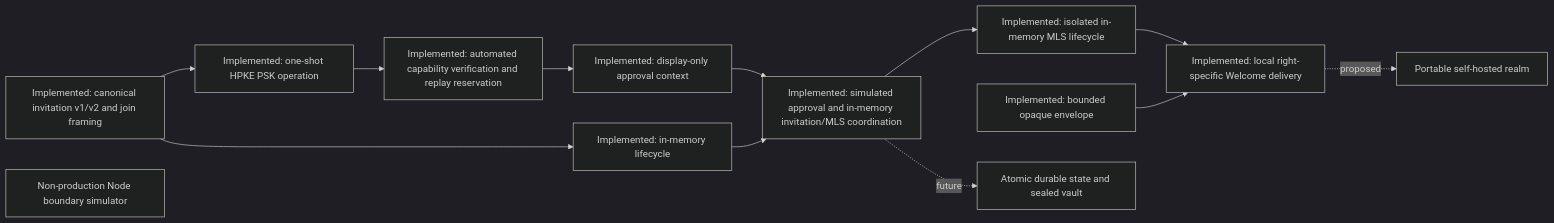
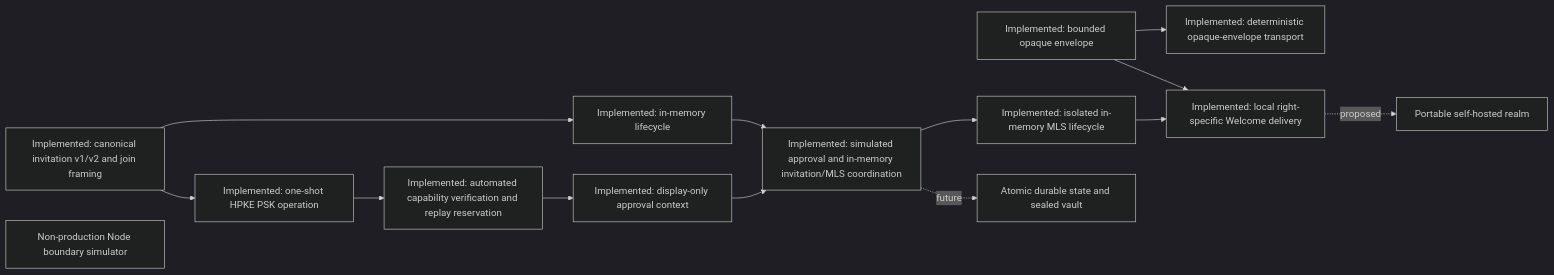
The diagram in docs/INDEPENDENT_AUDIT_BRIEF.md (dills122/session-chat), drawn with Mermaid (dark theme) before and after one commit. The commit also changed other lines of this file and 17 other files, not shown here.

Commit message:
feat: add deterministic memory transport

````diff
--- a/docs/INDEPENDENT_AUDIT_BRIEF.md
+++ b/docs/INDEPENDENT_AUDIT_BRIEF.md
@@ -87,17 +90,19 @@
 ```mermaid
 flowchart LR
   I["Implemented: canonical invitation v1/v2 and join framing"] --> P["Implemented: one-shot HPKE PSK operation"]
   P --> C["Implemented: automated capability verification and replay reservation"]
   I --> R["Implemented: in-memory lifecycle"]
   E["Implemented: bounded opaque envelope"]
   M["Implemented: isolated in-memory MLS lifecycle"]
+  D["Implemented: deterministic opaque-envelope transport"]
   N["Non-production Node boundary simulator"]
   C --> O["Implemented: display-only approval context"]
   O --> A["Implemented: simulated approval and in-memory invitation/MLS coordination"]
   R --> A
   A --> M
   M --> T["Implemented: local right-specific Welcome delivery"]
   E --> T
+  E --> D
   A -. future .-> V["Atomic durable state and sealed vault"]
   T -. proposed .-> H["Portable self-hosted realm"]
 ```
````
